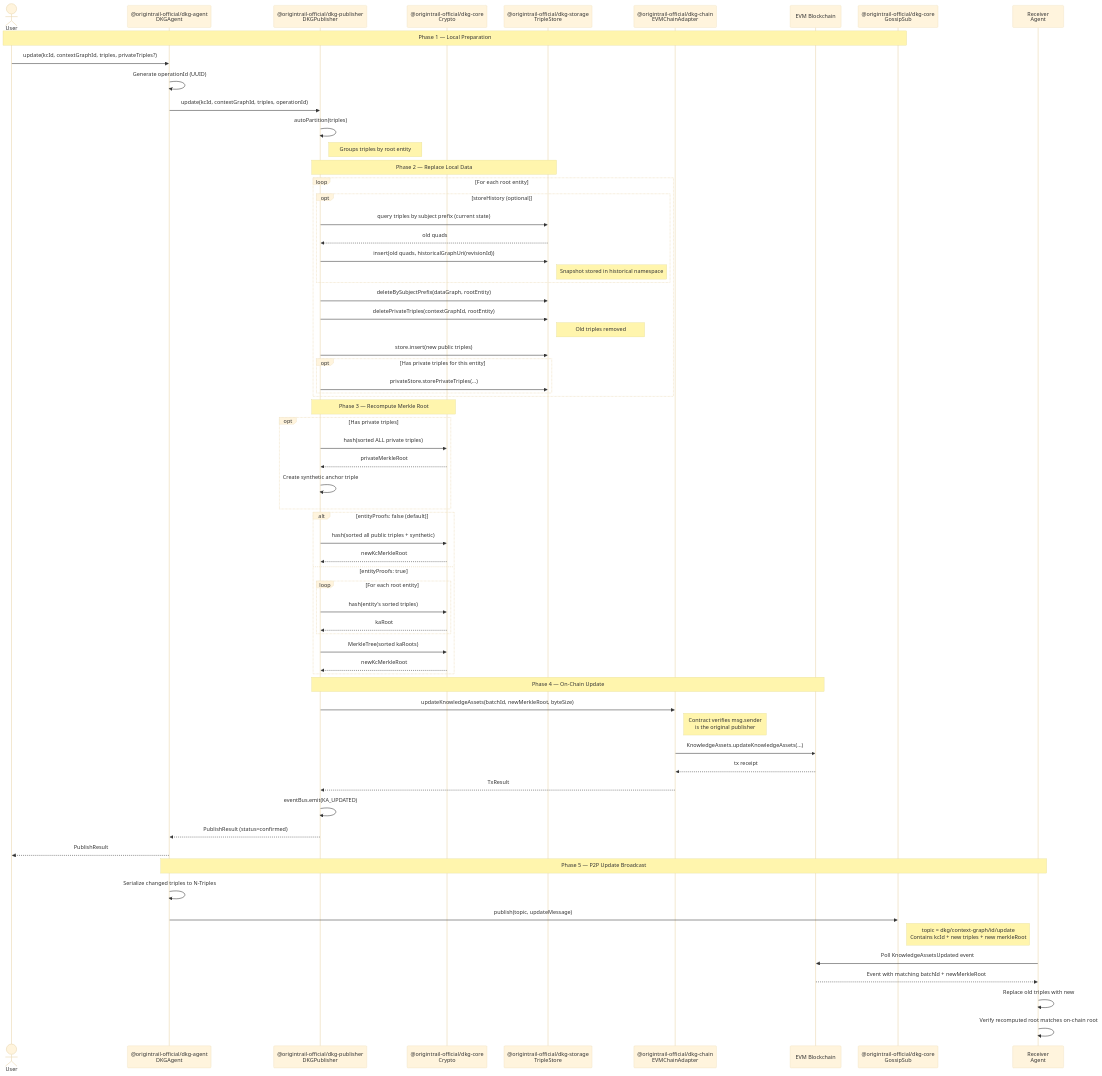
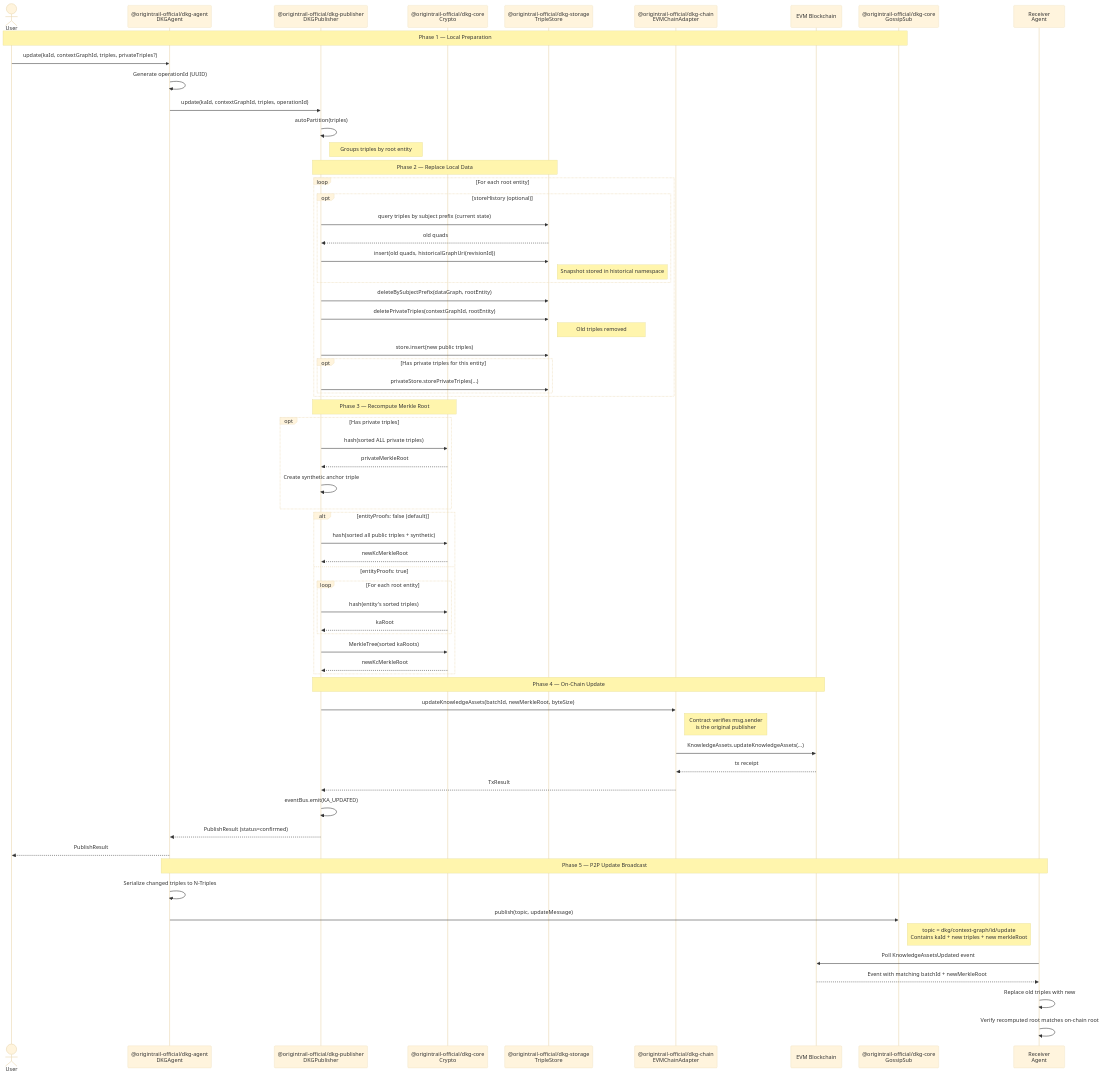
The diagram in docs/diagrams/update-flow.md (KilianTrunk/dkg), drawn with Mermaid (base theme) before and after one commit. The commit also changed other lines of this file and 122 other files, not shown here.

```diff
--- a/docs/diagrams/update-flow.md
+++ b/docs/diagrams/update-flow.md
@@ -40,9 +40,9 @@
 
     Note over User,Gossip: Phase 1 — Local Preparation
 
-    User ->> Agent: update(kcId, contextGraphId, triples, privateTriples?)
+    User ->> Agent: update(kaId, contextGraphId, triples, privateTriples?)
     Agent ->> Agent: Generate operationId (UUID)
-    Agent ->> Publisher: update(kcId, contextGraphId, triples, operationId)
+    Agent ->> Publisher: update(kaId, contextGraphId, triples, operationId)
 
     Publisher ->> Publisher: autoPartition(triples)
     Note right of Publisher: Groups triples by root entity
@@ -102,7 +102,7 @@
 
     Agent ->> Agent: Serialize changed triples to N-Triples
     Agent ->> Gossip: publish(topic, updateMessage)
-    Note right of Gossip: topic = dkg/context-graph/id/update<br/>Contains kcId + new triples + new merkleRoot
+    Note right of Gossip: topic = dkg/context-graph/id/update<br/>Contains kaId + new triples + new merkleRoot
 
     RcvAgent ->> EVM: Poll KnowledgeAssetsUpdated event
     EVM -->> RcvAgent: Event with matching batchId + newMerkleRoot
```
